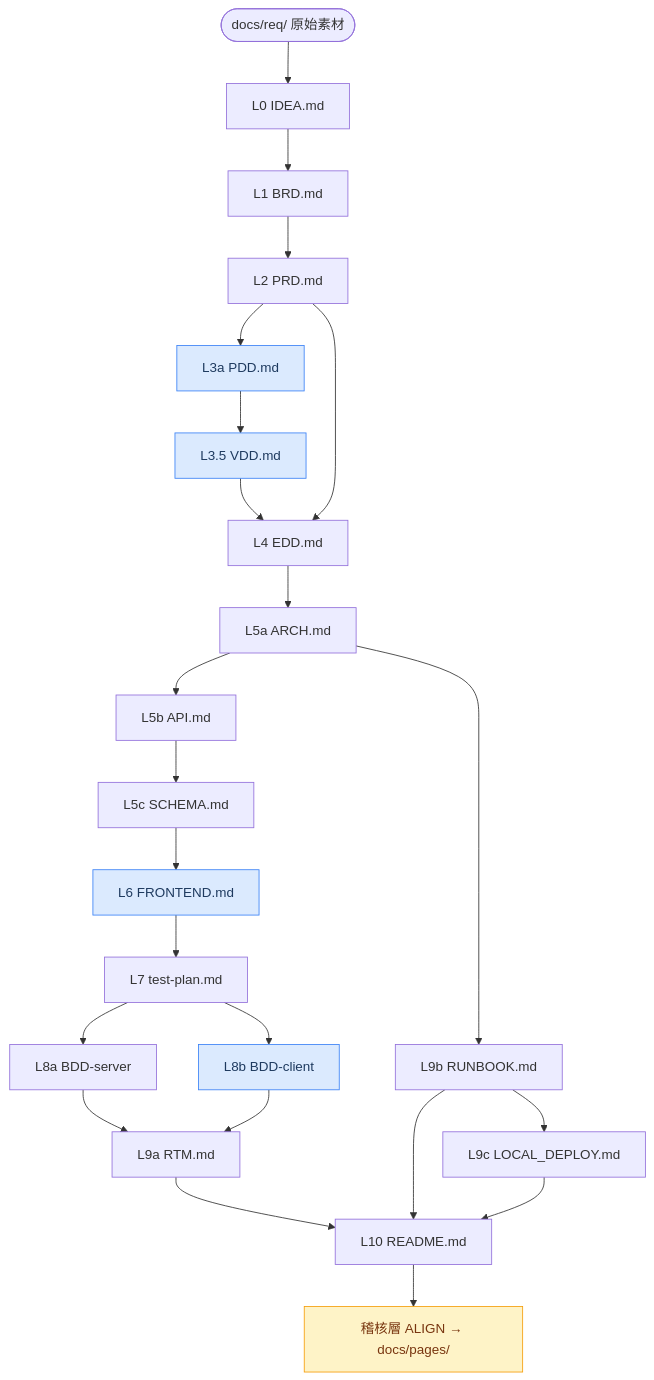
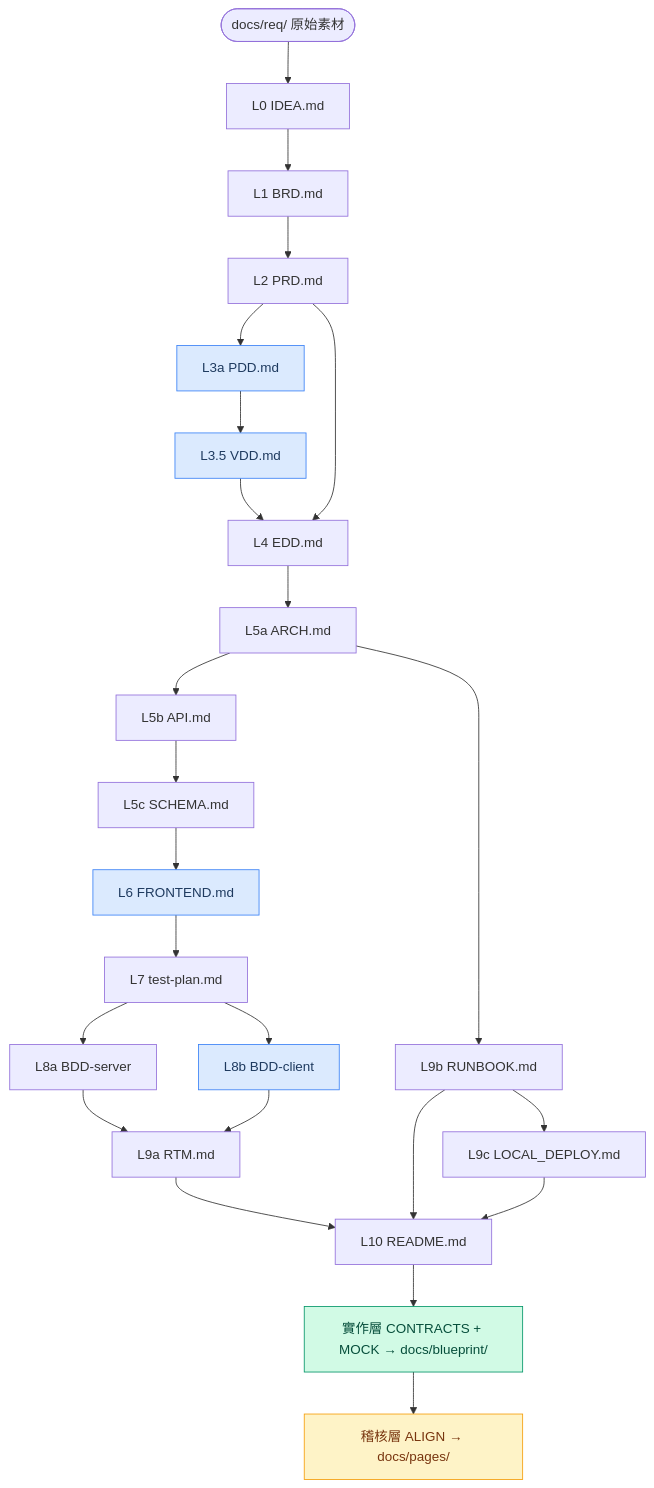
Before and after one commit to ibalasite/gendoc: the second of 2 diagrams in README.md, drawn with Mermaid. The commit also changed other lines of this file and 4 other files, not shown here.

First line of the commit message:
docs(gendoc): v2.1 — D17-CONTRACTS + D18-MOCK pipeline restructure

````diff
--- a/README.md
+++ b/README.md
@@ -189,34 +204,36 @@
 ```mermaid
 graph TD
     REQ([docs/req/ 原始素材])
     L0["L0 IDEA.md"]
     L1["L1 BRD.md"]
     L2["L2 PRD.md"]
     L3a["L3a PDD.md"]:::cond
     L35["L3.5 VDD.md"]:::cond
     L4["L4 EDD.md"]
     L5a["L5a ARCH.md"]
     L5b["L5b API.md"]
     L5c["L5c SCHEMA.md"]
     L6["L6 FRONTEND.md"]:::cond
     L7["L7 test-plan.md"]
     L8a["L8a BDD-server"]
     L8b["L8b BDD-client"]:::cond
     L9a["L9a RTM.md"]
     L9b["L9b RUNBOOK.md"]
     L9c["L9c LOCAL_DEPLOY.md"]
     L10["L10 README.md"]
+    IMPL["實作層 CONTRACTS + MOCK → docs/blueprint/"]:::impl
     AUDIT["稽核層 ALIGN → docs/pages/"]:::audit
 
     REQ --> L0 --> L1 --> L2
     L2 --> L3a --> L35 --> L4
     L2 --> L4
     L4 --> L5a --> L5b --> L5c --> L6 --> L7
     L7 --> L8a --> L9a
     L7 --> L8b --> L9a
     L5a --> L9b --> L9c
-    L9a & L9b & L9c --> L10 --> AUDIT
+    L9a & L9b & L9c --> L10 --> IMPL --> AUDIT
 
     classDef cond fill:#dbeafe,stroke:#3b82f6,color:#1e3a5f
     classDef audit fill:#fef3c7,stroke:#f59e0b,color:#78350f
+    classDef impl fill:#d1fae5,stroke:#059669,color:#064e3b
 ```
````
